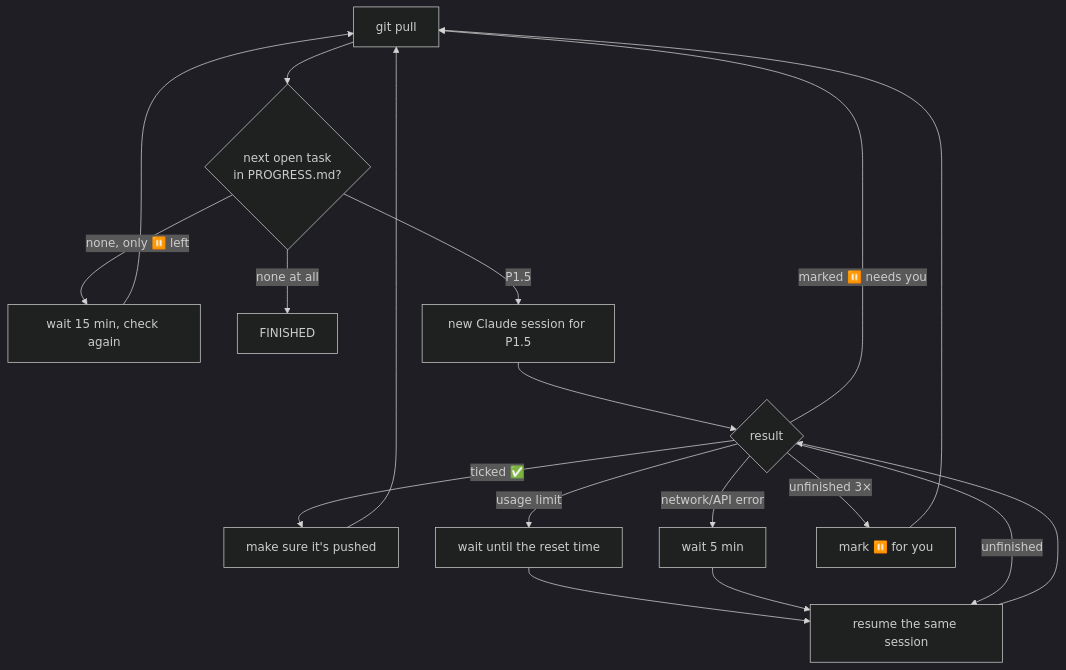
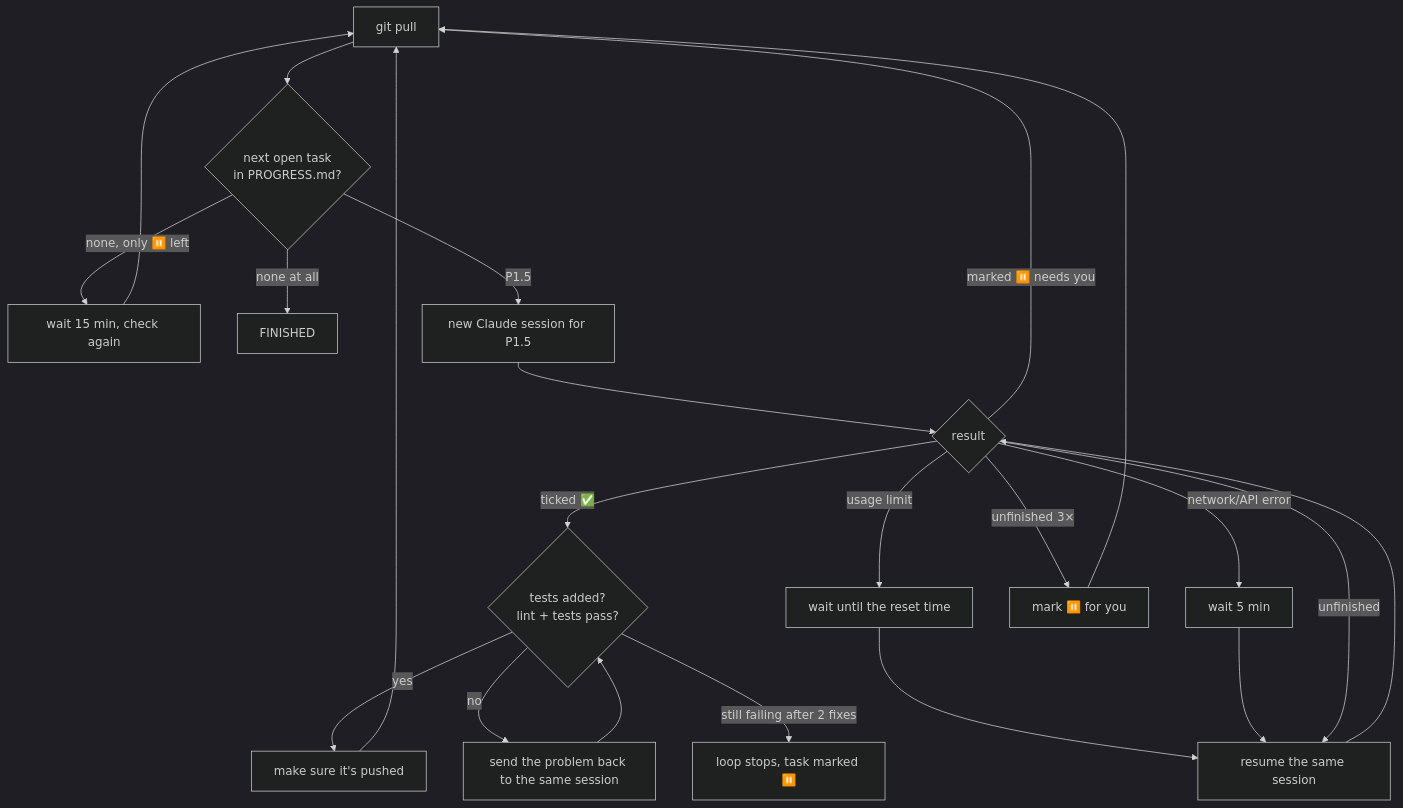
Before and after one commit to iulian-redinciuc/parking-app: the diagram in tools/agent-loop/README.md, drawn with Mermaid (dark theme). The commit also changed other lines of this file and 1 other file, not shown here.

First line of the commit message:
Agent loop: check tests and lint after every task

````diff
--- a/tools/agent-loop/README.md
+++ b/tools/agent-loop/README.md
@@ -20,14 +20,17 @@
 ```mermaid
 flowchart TD
   A[git pull] --> B{next open task<br/>in PROGRESS.md?}
   B -- none, only ⏸️ left --> W[wait 15 min, check again] --> A
   B -- none at all --> F[FINISHED]
   B -- P1.5 --> S[new Claude session for P1.5]
   S --> R{result}
-  R -- ticked ✅ --> P[make sure it's pushed] --> A
+  R -- ticked ✅ --> Q{tests added?<br/>lint + tests pass?}
+  Q -- yes --> P[make sure it's pushed] --> A
+  Q -- no --> FX[send the problem back to the same session] --> Q
+  Q -- still failing after 2 fixes --> STOP[loop stops, task marked ⏸️]
   R -- marked ⏸️ needs you --> A
   R -- usage limit --> L[wait until the reset time] --> S2[resume the same session] --> R
   R -- network/API error --> T[wait 5 min] --> S2
   R -- unfinished --> S2
   R -- unfinished 3× --> X[mark ⏸️ for you] --> A
 ```
````
